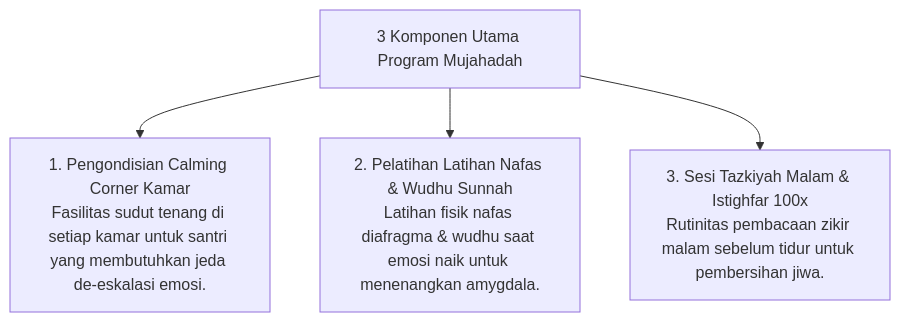
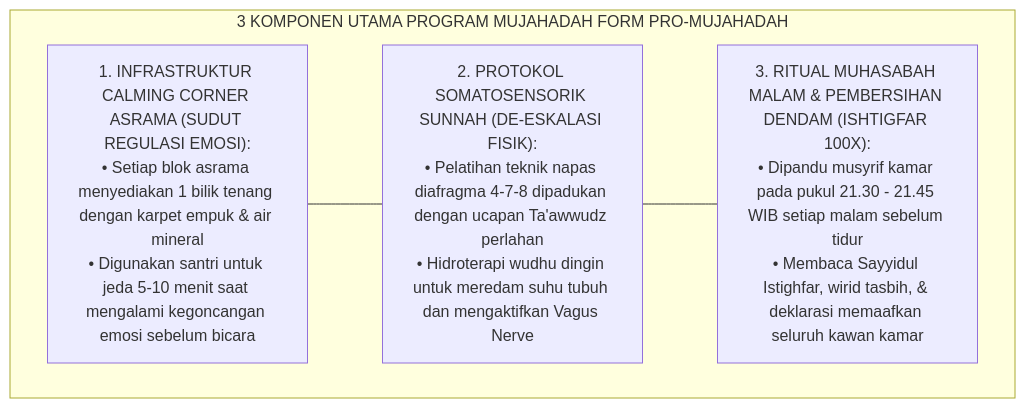
The second of 2 diagrams in 09 Programs/02 Character Programs/P9-02-02-Program-Mujahadah-Regulasi-Emosi-dan-Tazkiyah.md (wandiapriliyandi/tumbuh), drawn with Mermaid before and after one commit. The commit also changed other lines of this file and 3 other files, not shown here.

````diff
--- a/09 Programs/02 Character Programs/P9-02-02-Program-Mujahadah-Regulasi-Emosi-dan-Tazkiyah.md
+++ b/09 Programs/02 Character Programs/P9-02-02-Program-Mujahadah-Regulasi-Emosi-dan-Tazkiyah.md
@@ -14,7 +43,9 @@
 ```mermaid
-graph TD
-    MujahadahProgram["3 Komponen Utama Program Mujahadah"]
-    MujahadahProgram --> CalmingSpace["1. Pengondisian Calming Corner Kamar<br/>Fasilitas sudut tenang di setiap kamar untuk santri yang membutuhkan jeda de-eskalasi emosi."]
-    MujahadahProgram --> SunnahDeescalation["2. Pelatihan Latihan Nafas & Wudhu Sunnah<br/>Latihan fisik nafas diafragma & wudhu saat emosi naik untuk menenangkan amygdala."]
-    MujahadahProgram --> NightTazkiyah["3. Sesi Tazkiyah Malam & Istighfar 100x<br/>Rutinitas pembacaan zikir malam sebelum tidur untuk pembersihan jiwa."]
+flowchart TD
+    subgraph DailyMujahadah["3 KOMPONEN UTAMA PROGRAM MUJAHADAH FORM PRO-MUJAHADAH"]
+        C1["1. INFRASTRUKTUR CALMING CORNER ASRAMA (SUDUT REGULASI EMOSI):<br/>• Setiap blok asrama menyediakan 1 bilik tenang dengan karpet empuk & air mineral<br/>• Digunakan santri untuk jeda 5-10 menit saat mengalami kegoncangan emosi sebelum bicara"]
+        C2["2. PROTOKOL SOMATOSENSORIK SUNNAH (DE-ESKALASI FISIK):<br/>• Pelatihan teknik napas diafragma 4-7-8 dipadukan dengan ucapan Ta'awwudz perlahan<br/>• Hidroterapi wudhu dingin untuk meredam suhu tubuh dan mengaktifkan Vagus Nerve"]
+        C3["3. RITUAL MUHASABAH MALAM & PEMBERSIHAN DENDAM (ISHTIGFAR 100X):<br/>• Dipandu musyrif kamar pada pukul 21.30 - 21.45 WIB setiap malam sebelum tidur<br/>• Membaca Sayyidul Istighfar, wirid tasbih, & deklarasi memaafkan seluruh kawan kamar"]
+        C1 --- C2 --- C3
+    end
 ```
````
